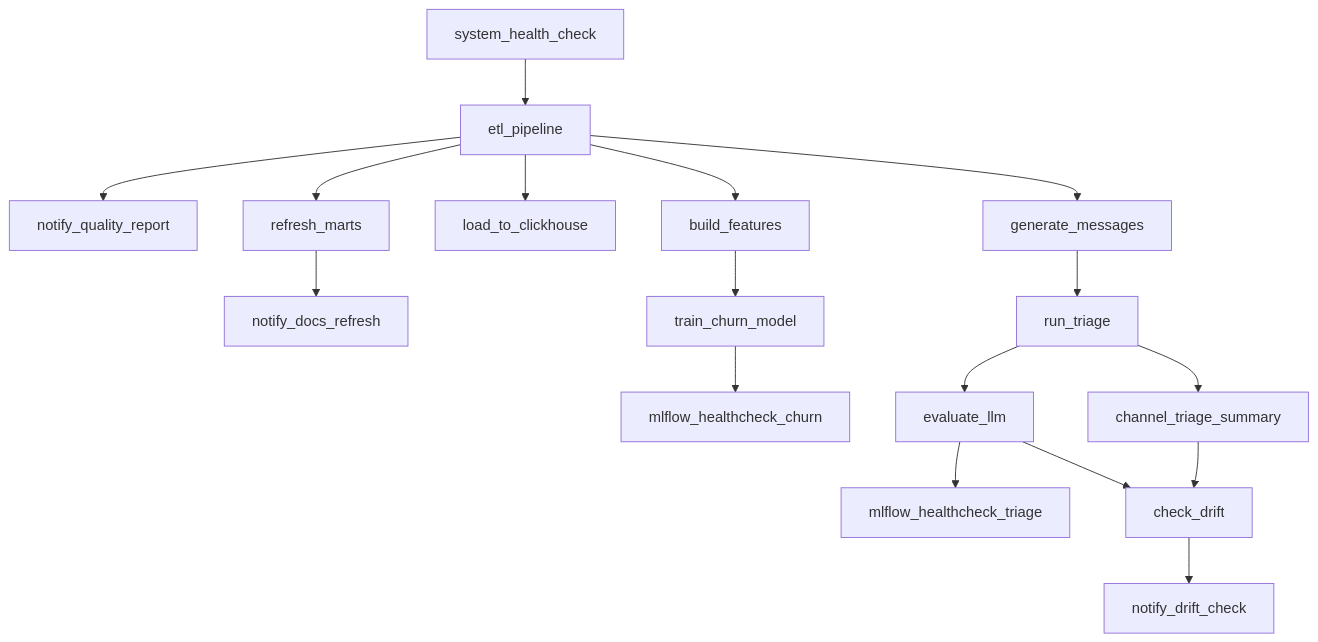
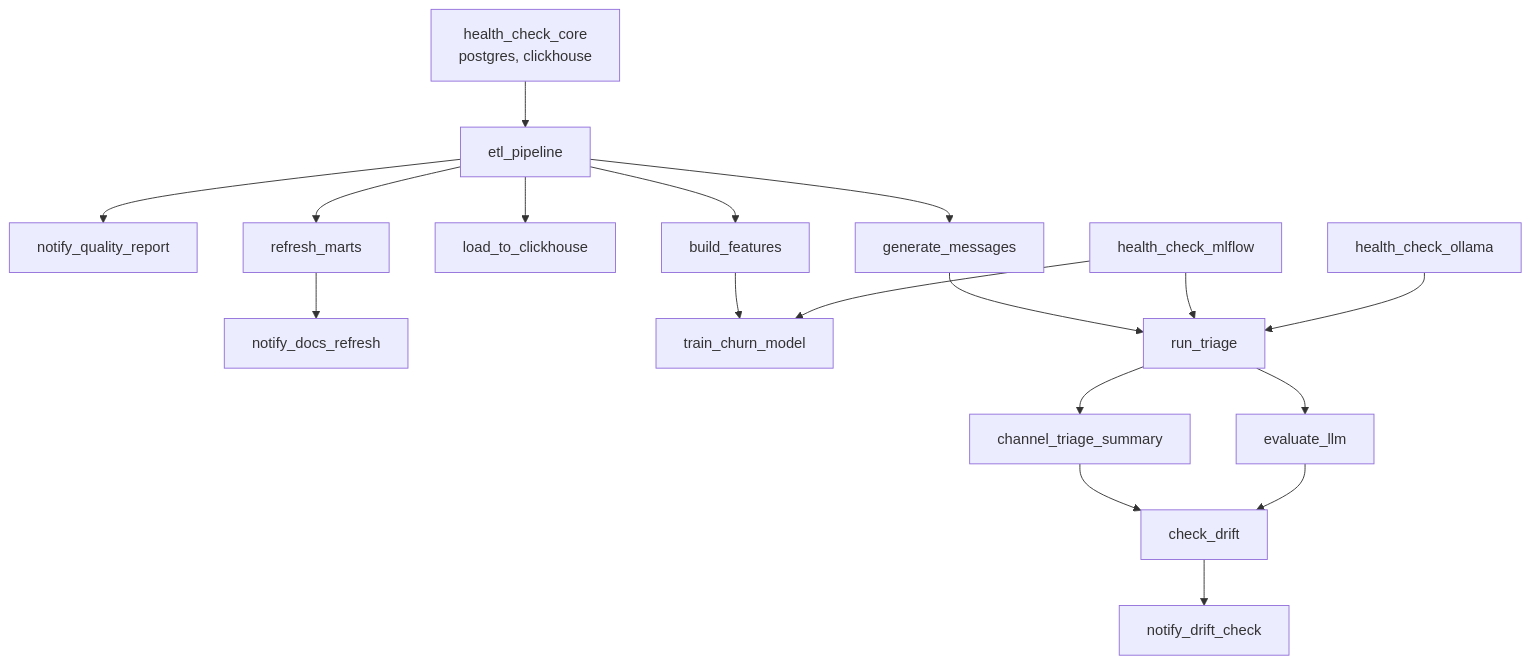
Before and after one commit to exist-ty/Nikolay-Kolesnikov-Data-Engineering-Applied-ML-LLM-Portfolio-Hub: the diagram in docs/orchestration.md, drawn with Mermaid. The commit also changed other lines of this file and 18 other files, not shown here.

````diff
--- a/docs/orchestration.md
+++ b/docs/orchestration.md
@@ -15,14 +13,17 @@
 ```mermaid
 graph TD
-    S[system_health_check] --> A[etl_pipeline]
+    S[health_check_core<br/>postgres, clickhouse] --> A[etl_pipeline]
     A --> B[notify_quality_report]
     A --> C[refresh_marts] --> D[notify_docs_refresh]
     A --> E[load_to_clickhouse]
-    A --> F[build_features] --> G[train_churn_model] --> M1[mlflow_healthcheck_churn]
+    A --> F[build_features] --> G[train_churn_model]
     A --> H[generate_messages] --> I[run_triage]
     I --> J[channel_triage_summary]
-    I --> K[evaluate_llm] --> M2[mlflow_healthcheck_triage]
+    I --> K[evaluate_llm]
     J --> P[check_drift]
     K --> P
     P --> L[notify_drift_check]
+    M[health_check_mlflow] --> G
+    M --> I
+    O[health_check_ollama] --> I
 ```
````
